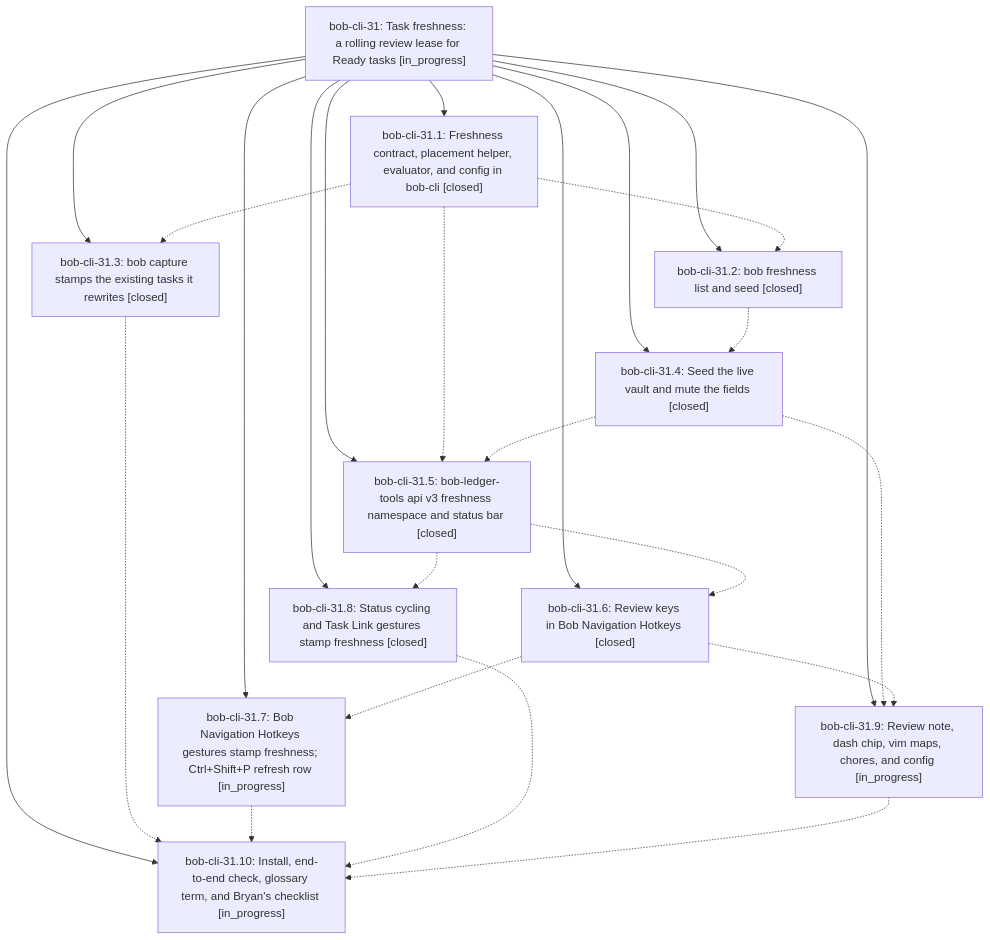
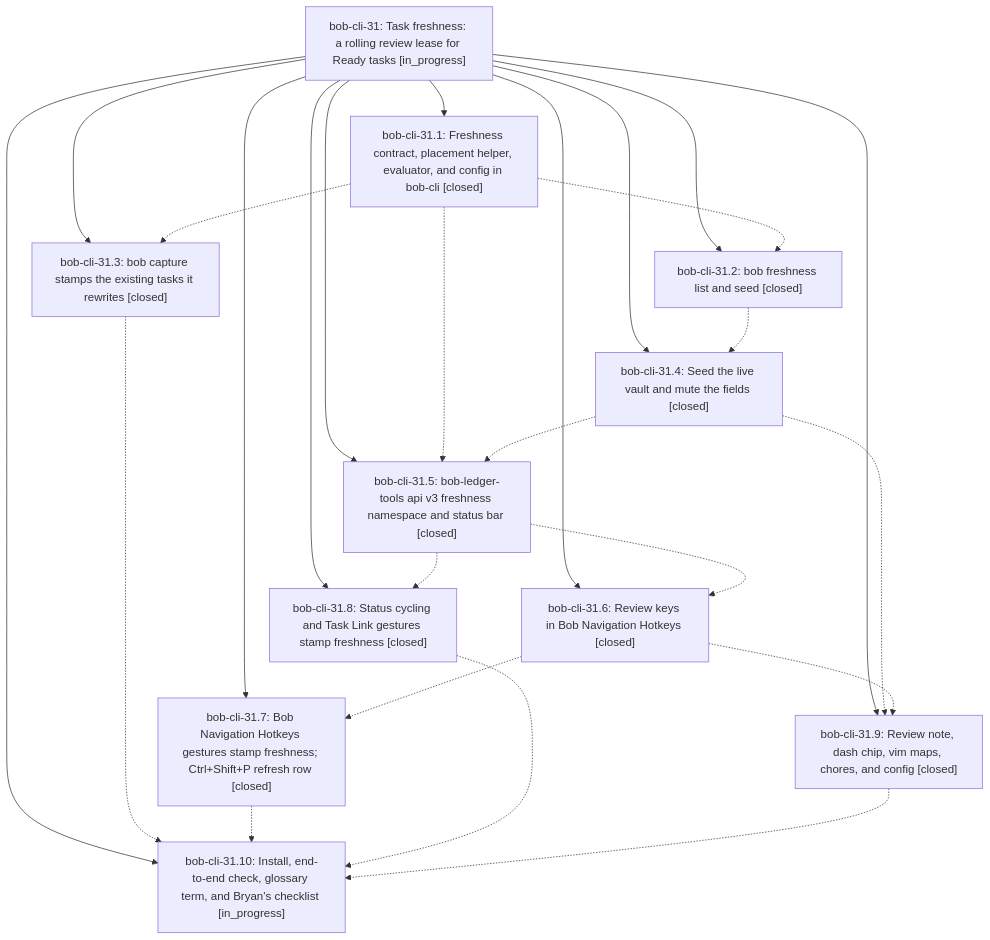
Before and after one commit to bobs-org/bob-cli--beads: the diagram in pages/bob-cli-31/README.md, drawn with Mermaid. The commit also changed other lines of this file and 5 other files, not shown here.

First line of the commit message:
chore(beads): sync bead state and pages for bob-cli-31

````diff
--- a/pages/bob-cli-31/README.md
+++ b/pages/bob-cli-31/README.md
@@ -31,38 +31,38 @@
 ```mermaid
 flowchart TD
     n0["bob-cli-31: Task freshness: a rolling review lease for Ready tasks [in_progress]"]
     n1["bob-cli-31.1: Freshness contract, placement helper, evaluator, and config in bob-cli [closed]"]
     n2["bob-cli-31.10: Install, end-to-end check, glossary term, and Bryan's checklist [in_progress]"]
     n3["bob-cli-31.2: bob freshness list and seed [closed]"]
     n4["bob-cli-31.3: bob capture stamps the existing tasks it rewrites [closed]"]
     n5["bob-cli-31.4: Seed the live vault and mute the fields [closed]"]
     n6["bob-cli-31.5: bob-ledger-tools api v3 freshness namespace and status bar [closed]"]
     n7["bob-cli-31.6: Review keys in Bob Navigation Hotkeys [closed]"]
-    n8["bob-cli-31.7: Bob Navigation Hotkeys gestures stamp freshness; Ctrl+Shift+P refresh row [in_progress]"]
+    n8["bob-cli-31.7: Bob Navigation Hotkeys gestures stamp freshness; Ctrl+Shift+P refresh row [closed]"]
     n9["bob-cli-31.8: Status cycling and Task Link gestures stamp freshness [closed]"]
-    n10["bob-cli-31.9: Review note, dash chip, vim maps, chores, and config [in_progress]"]
+    n10["bob-cli-31.9: Review note, dash chip, vim maps, chores, and config [closed]"]
     n0 --> n1
     n0 --> n2
     n0 --> n3
     n0 --> n4
     n0 --> n5
     n0 --> n6
     n0 --> n7
     n0 --> n8
     n0 --> n9
     n0 --> n10
     n1 -.-> n3
     n1 -.-> n4
     n1 -.-> n6
     n3 -.-> n5
     n4 -.-> n2
     n5 -.-> n6
     n5 -.-> n10
     n6 -.-> n7
     n6 -.-> n9
     n7 -.-> n8
     n7 -.-> n10
     n8 -.-> n2
     n9 -.-> n2
     n10 -.-> n2
 ```
````
